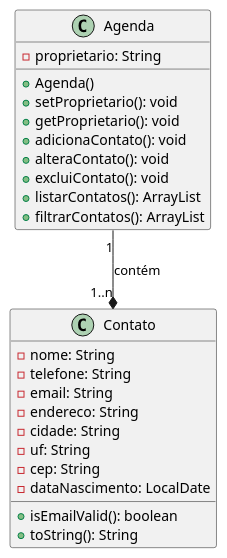
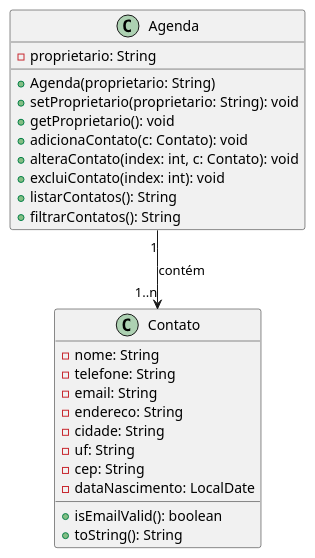
One commit to kgeeti/POO-AgendaApp changed the diagram in AgendaApp.puml. Above: the diagram before and after it, drawn with PlantUML. The commit also changed 3 other files, not shown here.

Commit message:
Fase 2 - Ponto de entrega para Aluno. Corrigido problema data em AgendaApp.adicionarContato(). Corrigido retorno getDataNascimento para String. Implementado DateTimeFormatter. Corrigido setDataNascimento para parse de string de data com TryCatch.

```diff
--- a/AgendaApp.puml
+++ b/AgendaApp.puml
@@ -1,31 +1,31 @@
 @startuml
 class Agenda {
     -proprietario: String
-    +Agenda()
-    +setProprietario(): void
+    +Agenda(proprietario: String)
+    +setProprietario(proprietario: String): void
     +getProprietario(): void
-    +adicionaContato(): void
-    +alteraContato(): void
-    +excluiContato(): void
-    +listarContatos(): ArrayList
-    +filtrarContatos(): ArrayList
+    +adicionaContato(c: Contato): void
+    +alteraContato(index: int, c: Contato): void
+    +excluiContato(index: int): void
+    +listarContatos(): String
+    +filtrarContatos(): String
 }
 
 class Contato {
     -nome: String
     -telefone: String
     -email: String
     -endereco: String
     -cidade: String
     -uf: String
     -cep: String
     -dataNascimento: LocalDate
     +isEmailValid(): boolean
     +toString(): String
 
 
 }
 
-Agenda "1" --* "1..n" Contato : contém
+Agenda "1" --> "1..n" Contato : contém
 
 @enduml
```
